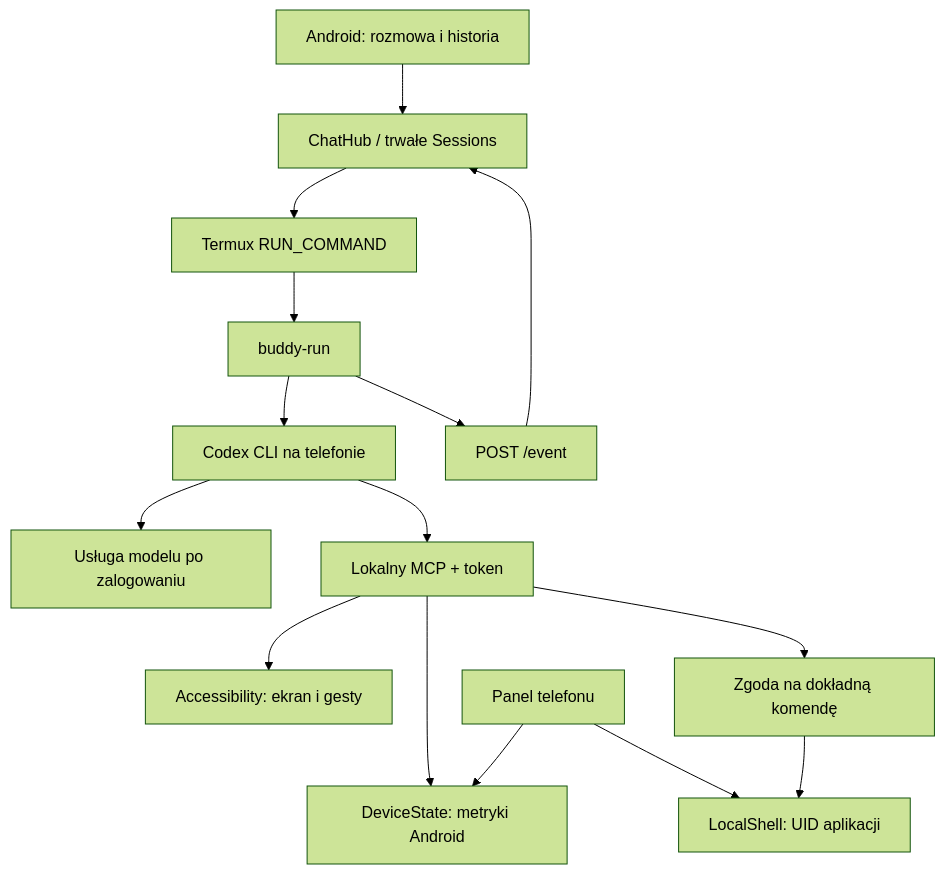
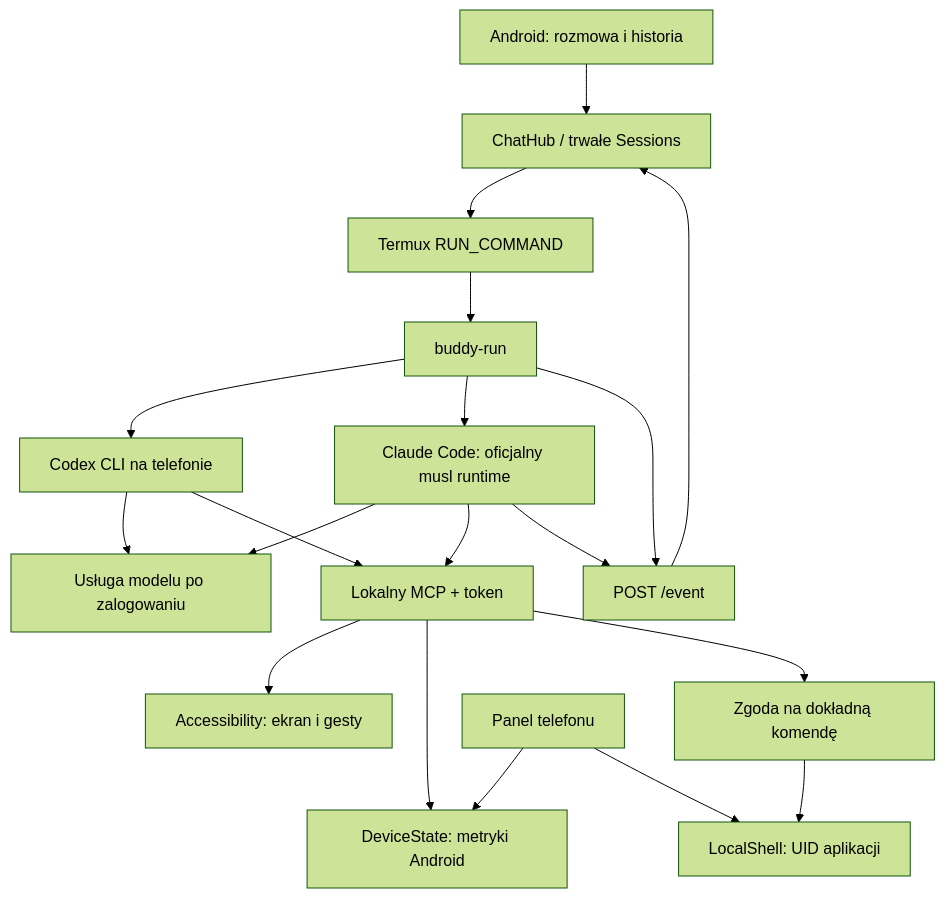
Before and after one commit to mateuszsury/androidagent: the diagram in docs/ARCHITECTURE.md, drawn with Mermaid (forest theme). The commit also changed other lines of this file and 29 other files, not shown here.

Commit message:
feat: add Claude Code runtime, streaming and backend selection

````diff
--- a/docs/ARCHITECTURE.md
+++ b/docs/ARCHITECTURE.md
@@ -19,17 +19,21 @@
 ```mermaid
 flowchart TD
   UI[Android: rozmowa i historia] --> HUB[ChatHub / trwałe Sessions]
   HUB --> INTENT[Termux RUN_COMMAND]
   INTENT --> HELPER[buddy-run]
   HELPER --> CODEX[Codex CLI na telefonie]
+  HELPER --> CLAUDE[Claude Code: oficjalny musl runtime]
+  CLAUDE --> MODEL
+  CLAUDE --> MCP
+  CLAUDE --> EVENTS
   CODEX --> MODEL[Usługa modelu po zalogowaniu]
   CODEX --> MCP[Lokalny MCP + token]
   MCP --> ACCESS[Accessibility: ekran i gesty]
   MCP --> STATE[DeviceState: metryki Android]
   MCP --> APPROVAL[Zgoda na dokładną komendę]
   APPROVAL --> SHELL[LocalShell: UID aplikacji]
   HELPER --> EVENTS[POST /event]
   EVENTS --> HUB
   PANEL[Panel telefonu] --> STATE
   PANEL --> SHELL
 ```
````
